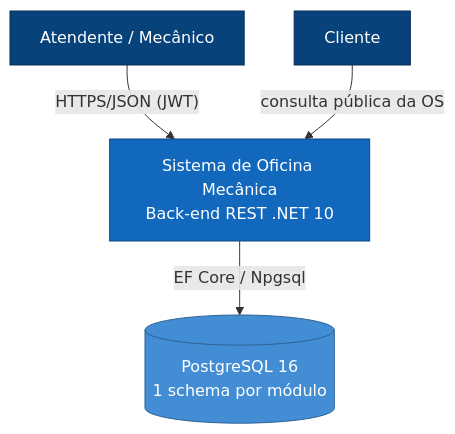
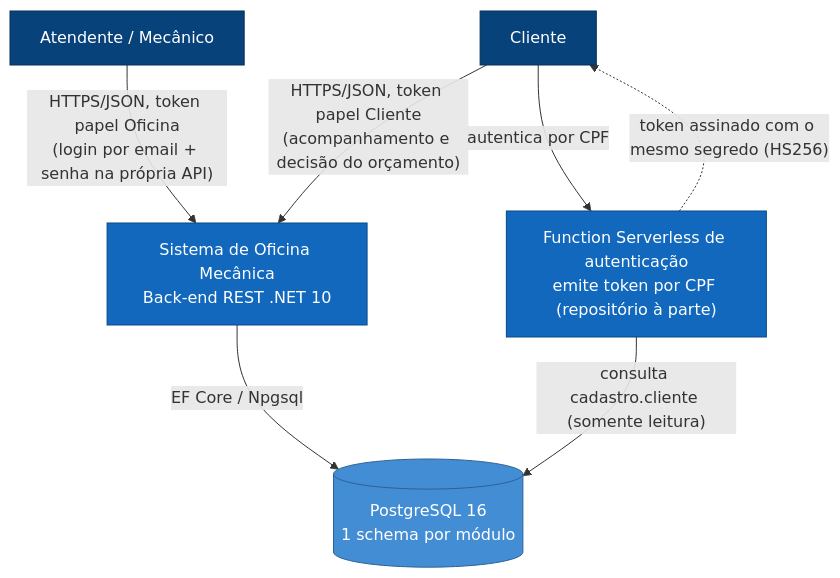
The diagram in docs/arquitetura/diagramas/componentes.md (gabrielMauad/oficina-mecanica), drawn with Mermaid before and after one commit. The commit also changed other lines of this file and 6 other files, not shown here.

First line of the commit message:
docs: acerta a documentacao com a autorizacao por papel da Fase 3

````diff
--- a/docs/arquitetura/diagramas/componentes.md
+++ b/docs/arquitetura/diagramas/componentes.md
@@ -17,18 +17,23 @@
 ```mermaid
 flowchart TB
     atendente["Atendente / Mecânico"]
     cliente["Cliente"]
     sistema["Sistema de Oficina Mecânica<br/>Back-end REST .NET 10"]
     db[("PostgreSQL 16<br/>1 schema por módulo")]
 
-    atendente -->|"HTTPS/JSON (JWT)"| sistema
-    cliente -->|"consulta pública da OS"| sistema
+    authFn["Function Serverless de autenticação<br/>emite token por CPF (repositório à parte)"]
+
+    atendente -->|"HTTPS/JSON, token papel Oficina<br/>(login por email + senha na própria API)"| sistema
+    cliente -->|"HTTPS/JSON, token papel Cliente<br/>(acompanhamento e decisão do orçamento)"| sistema
+    cliente -->|"autentica por CPF"| authFn
+    authFn -.->|"token assinado com o mesmo segredo (HS256)"| cliente
     sistema -->|"EF Core / Npgsql"| db
+    authFn -->|"consulta cadastro.cliente (somente leitura)"| db
 
     classDef person fill:#08427b,stroke:#052e56,color:#fff
     classDef system fill:#1168bd,stroke:#0b4884,color:#fff
     classDef store fill:#438dd5,stroke:#2e6295,color:#fff
     class atendente,cliente person
-    class sistema system
+    class sistema,authFn system
     class db store
 ```
````
